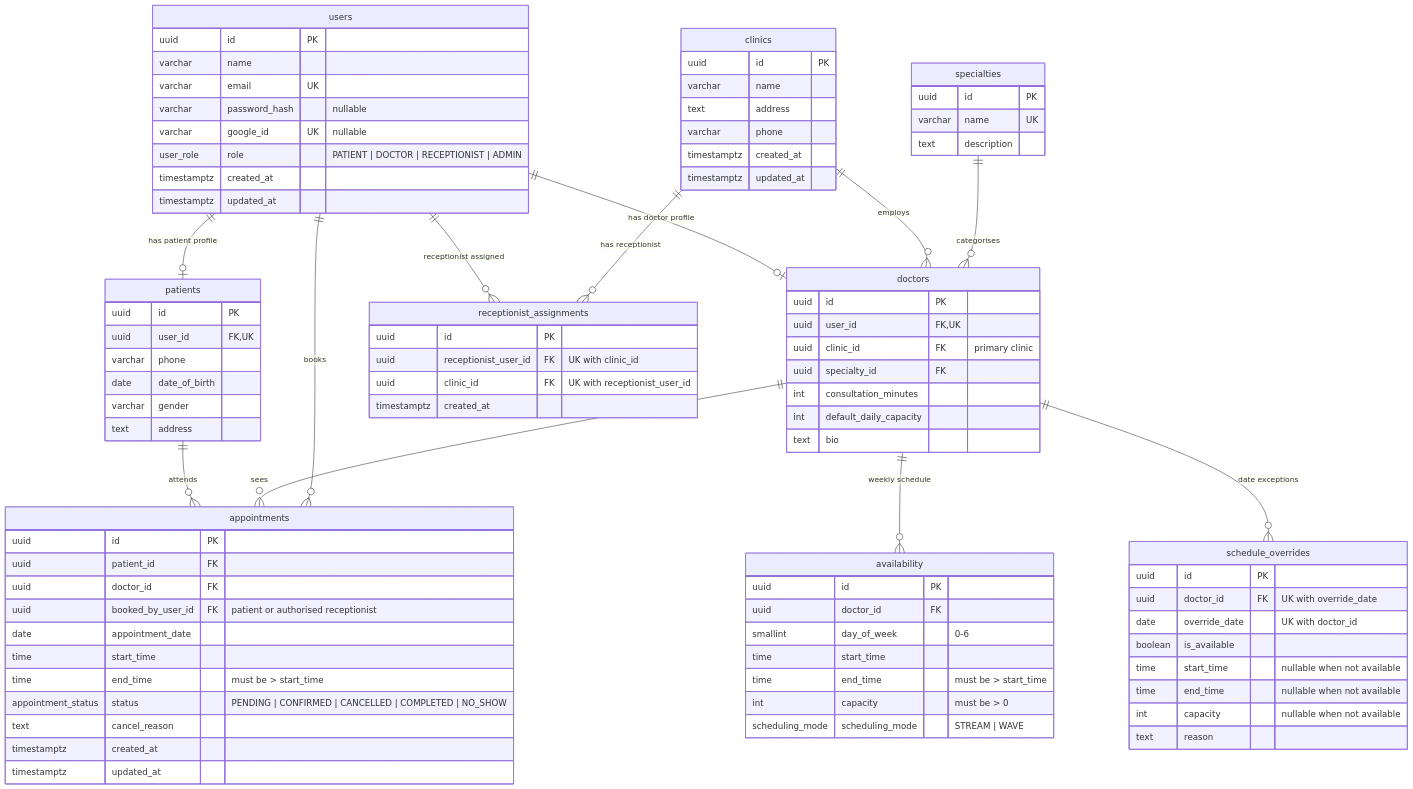
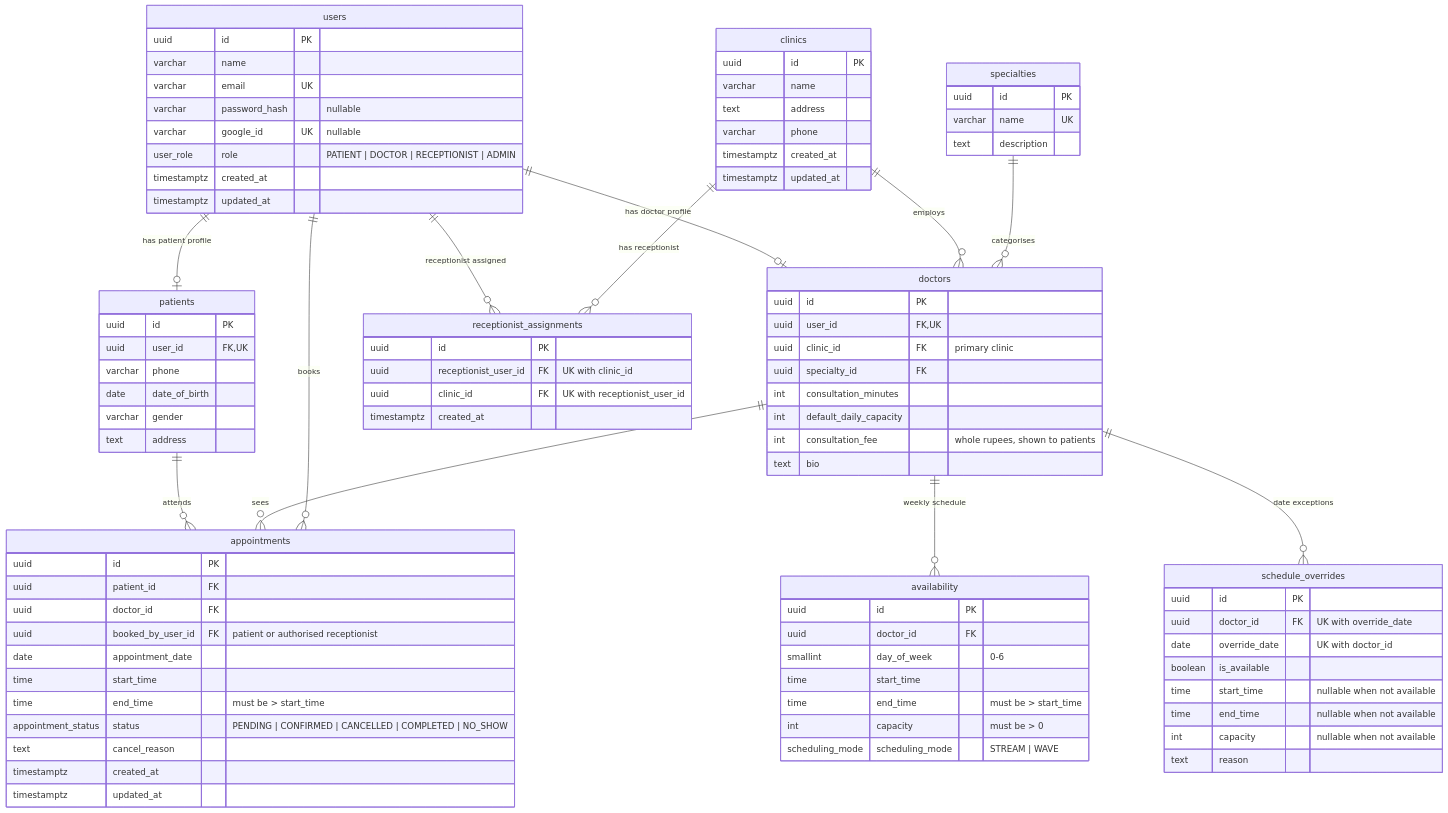
Before and after one commit to ankur-singh-viix/outpatient-appointment-scheduler: the diagram in docs/er-diagram.md, drawn with Mermaid. The commit also changed other lines of this file and 95 other files, not shown here.

```diff
--- a/docs/er-diagram.md
+++ b/docs/er-diagram.md
@@ -43,6 +47,7 @@
         uuid specialty_id FK
         int consultation_minutes
         int default_daily_capacity
+        int consultation_fee "whole rupees, shown to patients"
         text bio
     }
 
```
